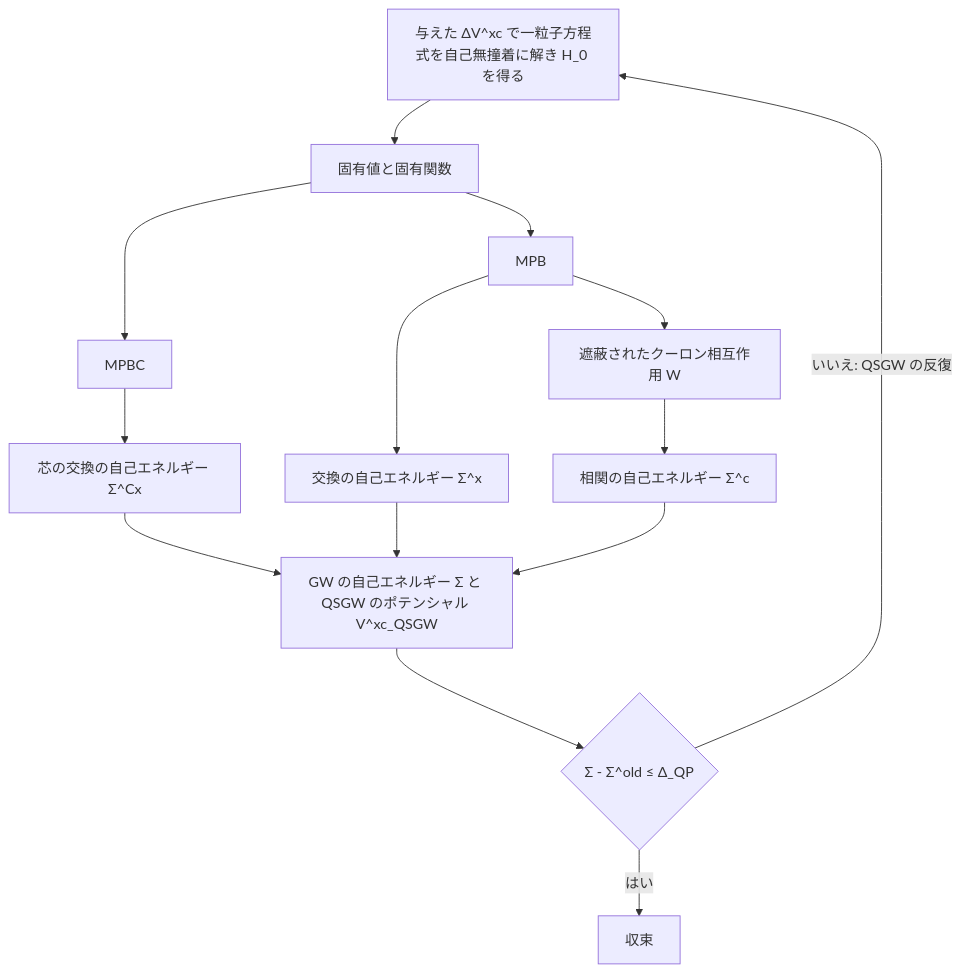
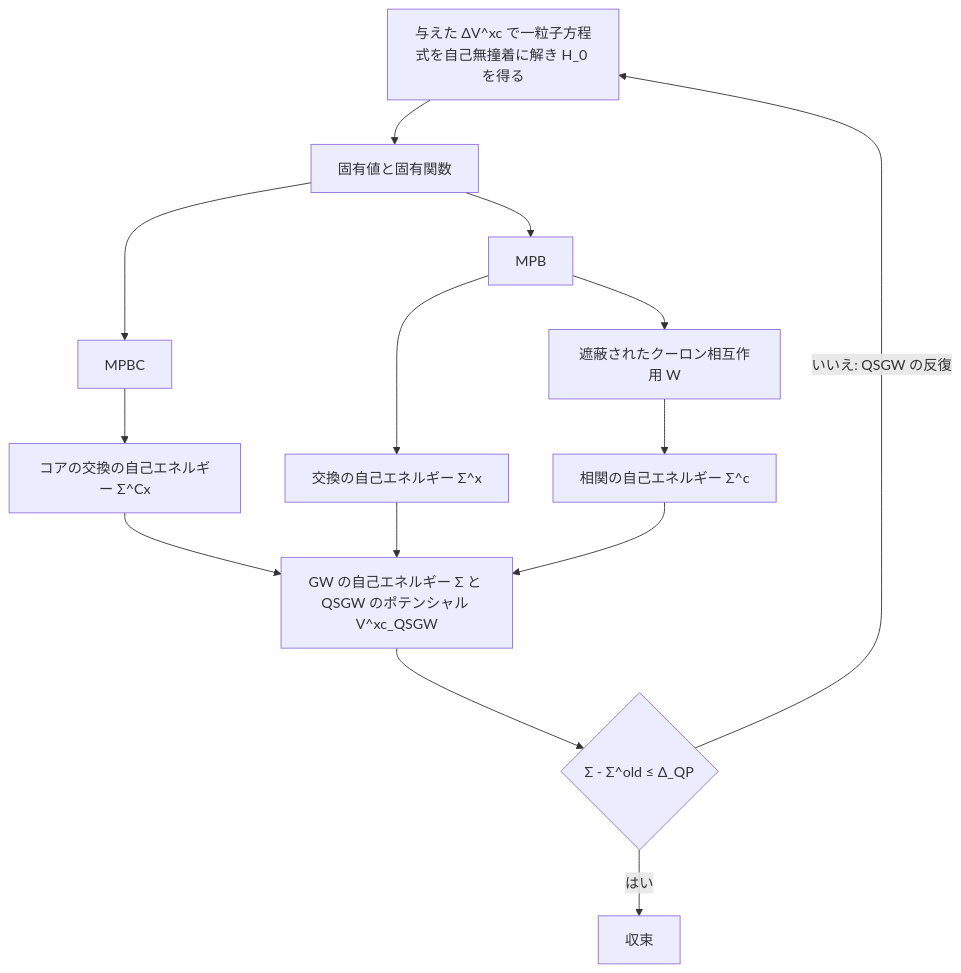
The diagram in ecaljdoc/theory/qsgw.md (tkotani/ecalj), drawn with Mermaid before and after one commit. The commit also changed other lines of this file and 13 other files, not shown here.

````diff
--- a/ecaljdoc/theory/qsgw.md
+++ b/ecaljdoc/theory/qsgw.md
@@ -63,16 +63,16 @@
 ```mermaid
 graph TD
     A1[与えた ΔV^xc で一粒子方程式を自己無撞着に解き H_0 を得る] --> A2[固有値と固有関数]
     A2 --> B1[MPBC]
     A2 --> B2[MPB]
-    B1 --> C1[芯の交換の自己エネルギー Σ^Cx]
+    B1 --> C1[コアの交換の自己エネルギー Σ^Cx]
     B2 --> C2[交換の自己エネルギー Σ^x]
     B2 --> D1[遮蔽されたクーロン相互作用 W]
     D1 --> C3[相関の自己エネルギー Σ^c]
     C1 --> E1[GW の自己エネルギー Σ と QSGW のポテンシャル V^xc_QSGW]
     C2 --> E1
     C3 --> E1
     E1 --> F1{Σ - Σ^old ≤ Δ_QP}
     F1 -->|いいえ: QSGW の反復| A1
     F1 -->|はい| G1[収束]
 ```
````
